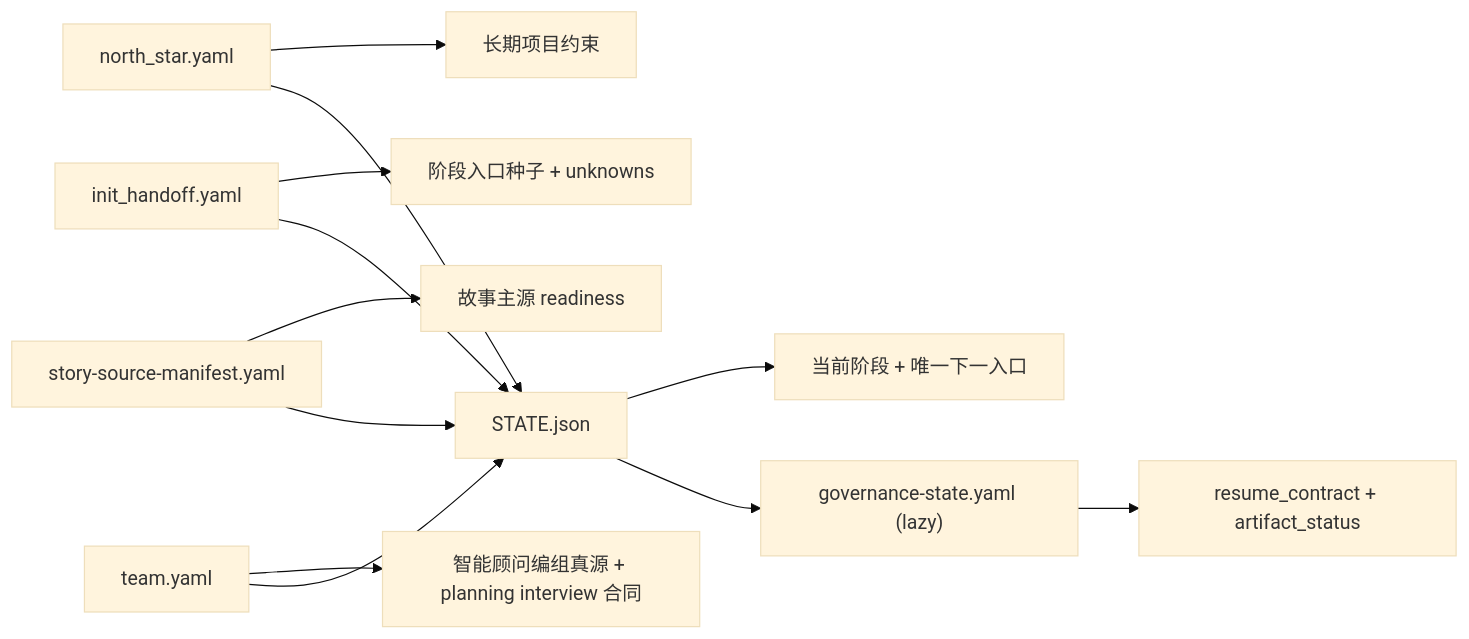
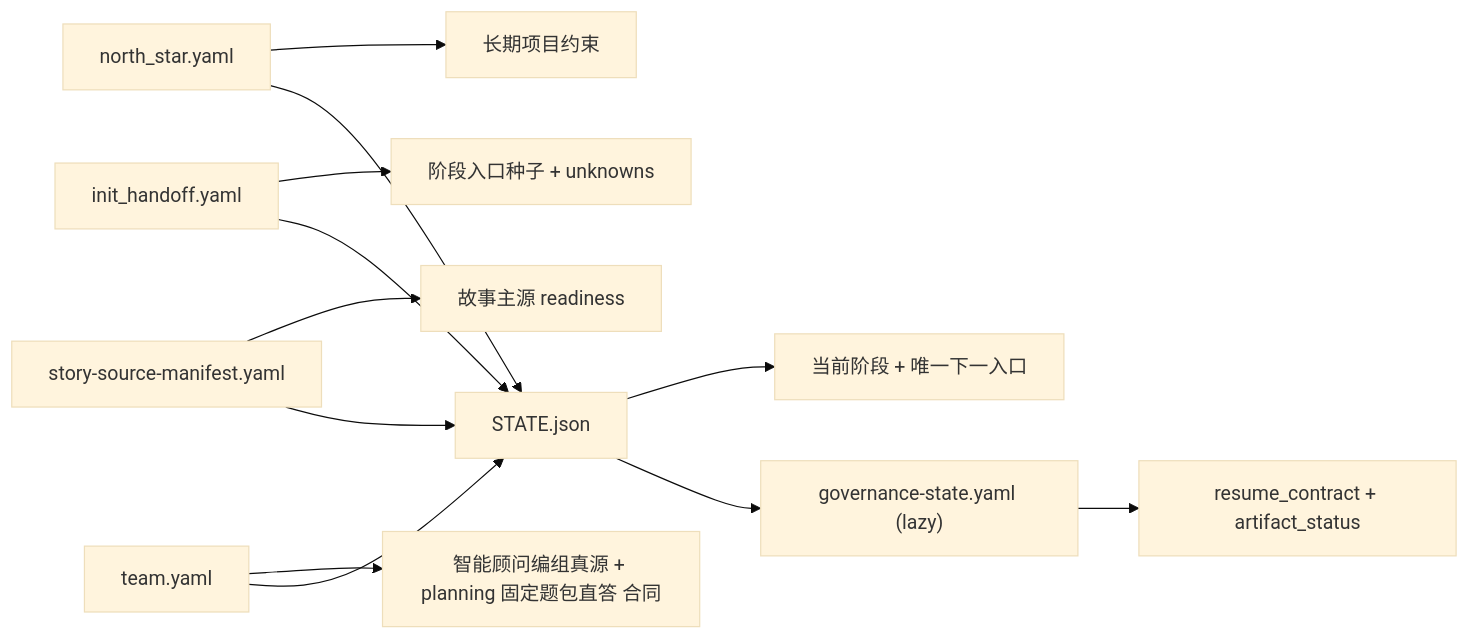
The fourth of 4 diagrams in .agents/skills/aigc/0-Init/SKILL.md (ZEN-VOID/AI-CUT), drawn with Mermaid (base theme) before and after one commit. The commit also changed other lines of this file and 234 other files, not shown here.

````diff
--- a/.agents/skills/aigc/0-Init/SKILL.md
+++ b/.agents/skills/aigc/0-Init/SKILL.md
@@ -158,14 +160,14 @@
 ```mermaid
 flowchart LR
     A["north_star.yaml"] --> A1["长期项目约束"]
     B["init_handoff.yaml"] --> B1["阶段入口种子 + unknowns"]
     C["story-source-manifest.yaml"] --> C1["故事主源 readiness"]
-    D["team.yaml"] --> D1["智能顾问编组真源 + planning interview 合同"]
+    D["team.yaml"] --> D1["智能顾问编组真源 + planning 固定题包直答 合同"]
     E["STATE.json"] --> E1["当前阶段 + 唯一下一入口"]
     F["governance-state.yaml (lazy)"] --> F1["resume_contract + artifact_status"]
     A --> E
     B --> E
     C --> E
     D --> E
     E --> F
 ```
````
